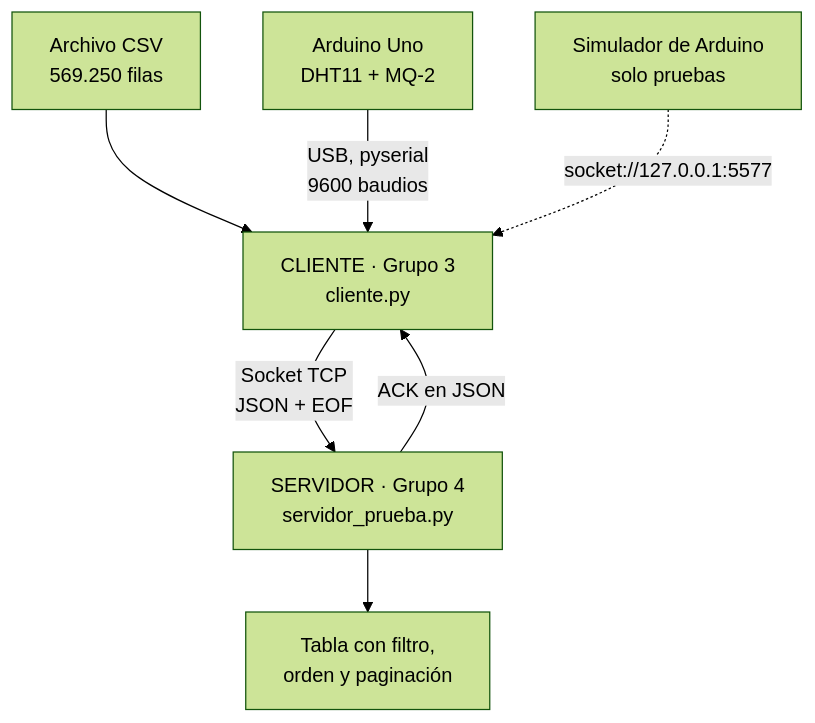
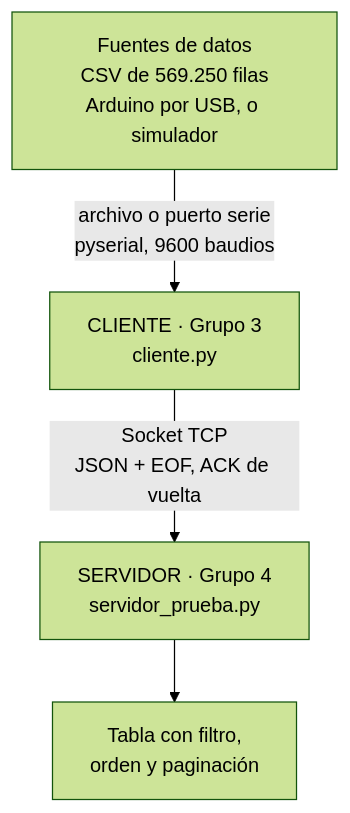
Before and after one commit to cescalantea/bigdata_evaluacion2: the first of 5 diagrams in MAESTRO.md, drawn with Mermaid (forest theme). The commit also changed other lines of this file and 5 other files, not shown here.

First line of the commit message:
Actualiza la documentación de instalación y hace verticales los diagramas del MAESTRO

````diff
--- a/MAESTRO.md
+++ b/MAESTRO.md
@@ -32,9 +32,6 @@
 ```mermaid
 flowchart TD
-    A["Archivo CSV<br/>569.250 filas"] --> C
-    B["Arduino Uno<br/>DHT11 + MQ-2"] -->|"USB, pyserial<br/>9600 baudios"| C
-    S["Simulador de Arduino<br/>solo pruebas"] -.->|"socket://127.0.0.1:5577"| C
-    C["CLIENTE · Grupo 3<br/>cliente.py"] -->|"Socket TCP<br/>JSON + EOF"| D["SERVIDOR · Grupo 4<br/>servidor_prueba.py"]
-    D -->|"ACK en JSON"| C
+    F["Fuentes de datos<br/>CSV de 569.250 filas<br/>Arduino por USB, o simulador"] -->|"archivo o puerto serie<br/>pyserial, 9600 baudios"| C["CLIENTE · Grupo 3<br/>cliente.py"]
+    C -->|"Socket TCP<br/>JSON + EOF, ACK de vuelta"| D["SERVIDOR · Grupo 4<br/>servidor_prueba.py"]
     D --> E["Tabla con filtro,<br/>orden y paginación"]
 ```
````
